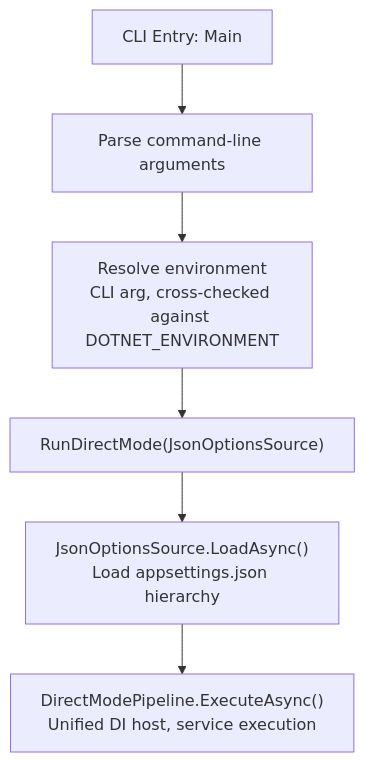
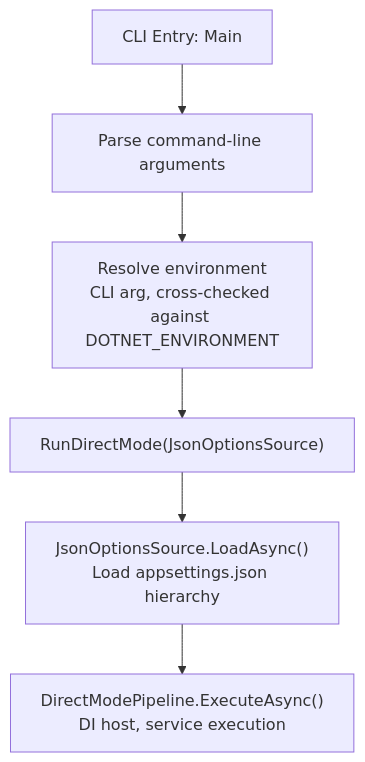
The second of 9 diagrams in Docs/01-architecture/data-flow.md (RAYCOON/RayMigrator), drawn with Mermaid before and after one commit. The commit also changed other lines of this file and 52 other files, not shown here.

````diff
--- a/Docs/01-architecture/data-flow.md
+++ b/Docs/01-architecture/data-flow.md
@@ -83,9 +83,9 @@
 ```mermaid
 flowchart TD
     A[CLI Entry: Main] --> B[Parse command-line arguments]
     B --> E[Resolve environment<br/>CLI arg, cross-checked against DOTNET_ENVIRONMENT]
 
     E --> F["RunDirectMode(JsonOptionsSource)"]
     F --> G["JsonOptionsSource.LoadAsync()<br/>Load appsettings.json hierarchy"]
-    G --> H["DirectModePipeline.ExecuteAsync()<br/>Unified DI host, service execution"]
+    G --> H["DirectModePipeline.ExecuteAsync()<br/>DI host, service execution"]
 ```
````
